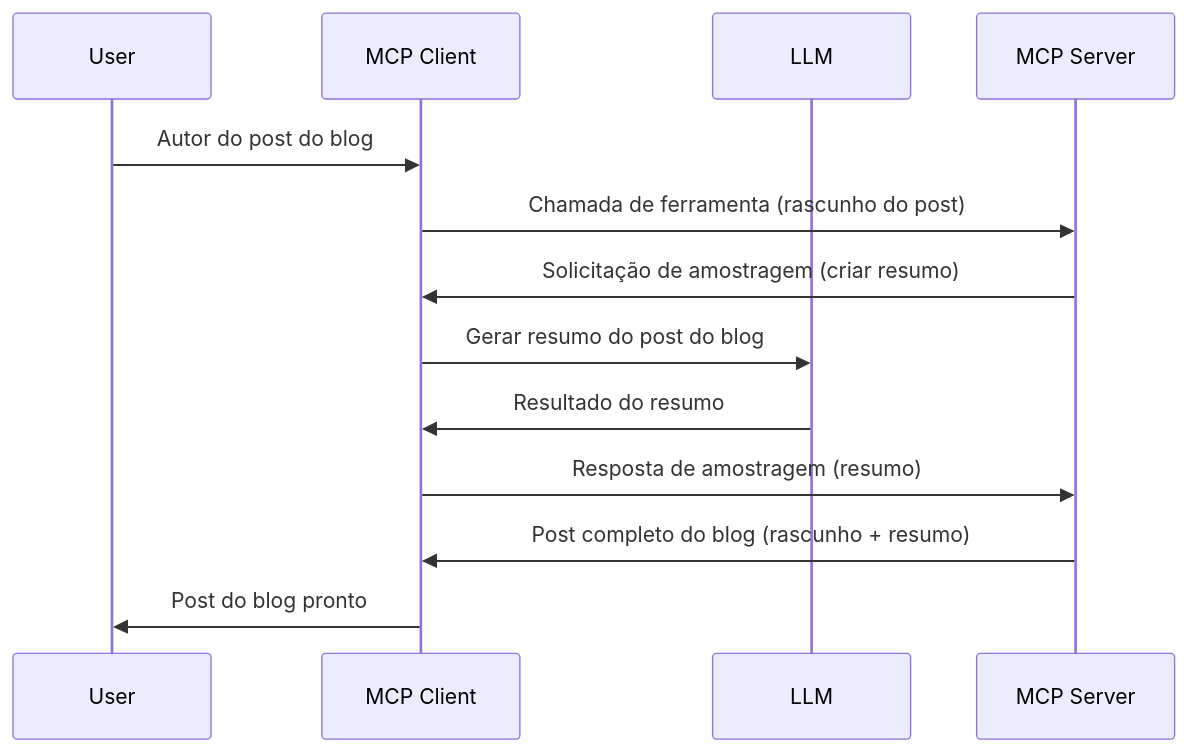
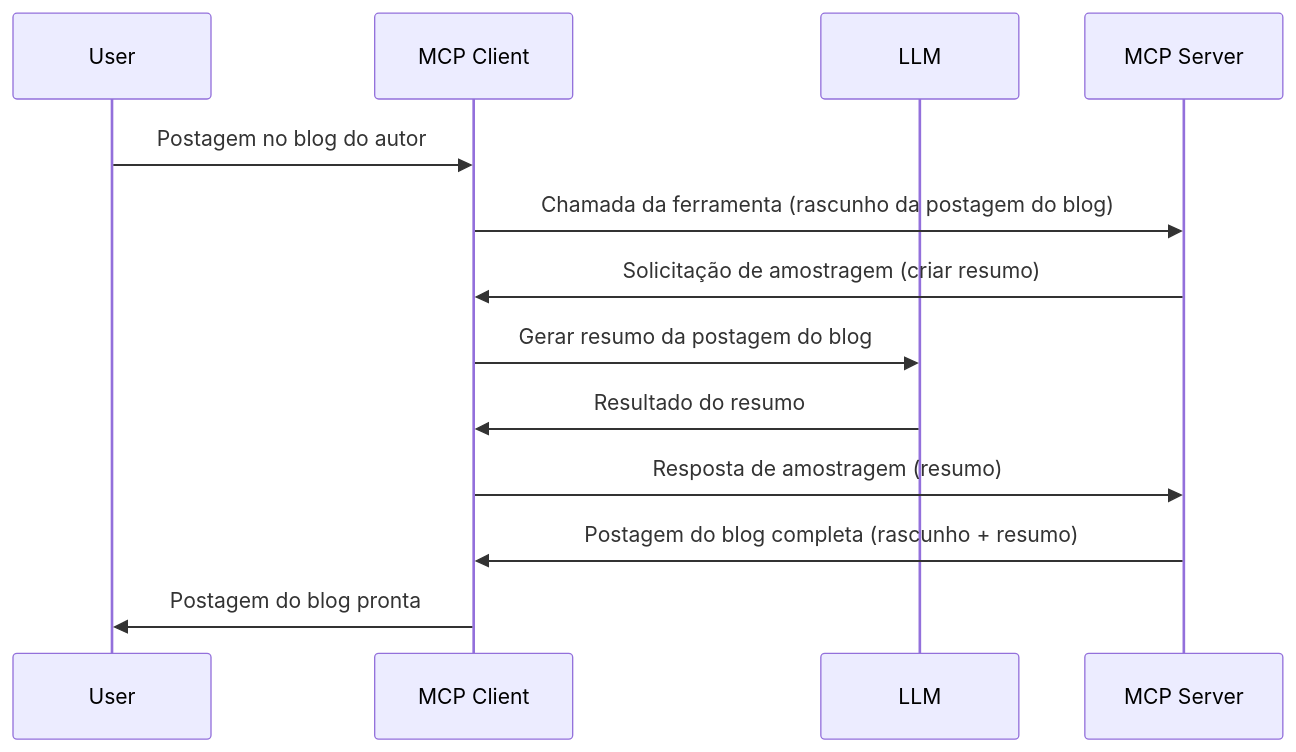
Before and after one commit to HIDORAKAI002/ai-workspace-archive: the diagram in mcp_ecosystem__model_context_protocol/mcp_learning_resources/mcp-for-beginners/translations/pt-BR/03-GettingStarted/14-sampling/README.md, drawn with Mermaid. The commit also changed other lines of this file and 1046 other files, not shown here.

````diff
--- a/mcp_ecosystem__model_context_protocol/mcp_learning_resources/mcp-for-beginners/translations/pt-BR/03-GettingStarted/14-sampling/README.md
+++ b/mcp_ecosystem__model_context_protocol/mcp_learning_resources/mcp-for-beginners/translations/pt-BR/03-GettingStarted/14-sampling/README.md
@@ -23,16 +25,16 @@
 ```mermaid
 sequenceDiagram
     participant User
     participant MCP Client
     participant LLM
     participant MCP Server
 
-    User->>MCP Client: Autor do post do blog
-    MCP Client->>MCP Server: Chamada de ferramenta (rascunho do post)
+    User->>MCP Client: Postagem no blog do autor
+    MCP Client->>MCP Server: Chamada da ferramenta (rascunho da postagem do blog)
     MCP Server->>MCP Client: Solicitação de amostragem (criar resumo)
-    MCP Client->>LLM: Gerar resumo do post do blog
+    MCP Client->>LLM: Gerar resumo da postagem do blog
     LLM->>MCP Client: Resultado do resumo
     MCP Client->>MCP Server: Resposta de amostragem (resumo)
-    MCP Server->>MCP Client: Post completo do blog (rascunho + resumo)
-    MCP Client->>User: Post do blog pronto
+    MCP Server->>MCP Client: Postagem do blog completa (rascunho + resumo)
+    MCP Client->>User: Postagem do blog pronta
 ```
````
